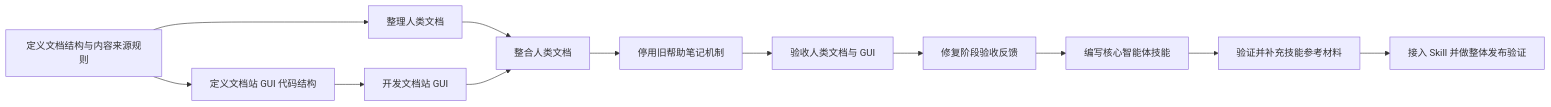
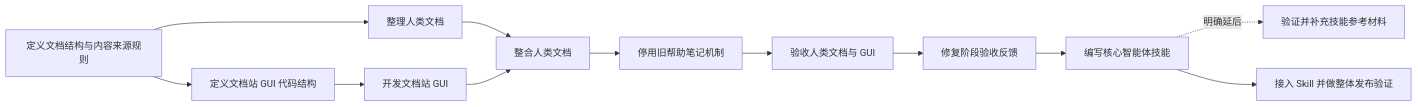
The diagram in .dev/changes/query-view-docs-portal/graph.md (frostime/sy-query-view), drawn with Mermaid before and after one commit. The commit also changed other lines of this file and 8 other files, not shown here.

````diff
--- a/.dev/changes/query-view-docs-portal/graph.md
+++ b/.dev/changes/query-view-docs-portal/graph.md
@@ -6,14 +6,14 @@
 ```mermaid
 flowchart LR
     structure["定义文档结构与内容来源规则"] --> docs["整理人类文档"]
     structure --> guiShape["定义文档站 GUI 代码结构"]
     guiShape --> gui["开发文档站 GUI"]
     docs --> integrate["整合人类文档"]
     gui --> integrate
     integrate --> retire["停用旧帮助笔记机制"]
     retire --> docsVerify["验收人类文档与 GUI"]
     docsVerify --> runtimeFix["修复阶段验收反馈"]
     runtimeFix --> skill["编写核心智能体技能"]
-    skill --> references["验证并补充技能参考材料"]
-    references --> release["接入 Skill 并做整体发布验证"]
+    skill -. "明确延后" .-> references["验证并补充技能参考材料"]
+    skill --> release["接入 Skill 并做整体发布验证"]
 ```
````
